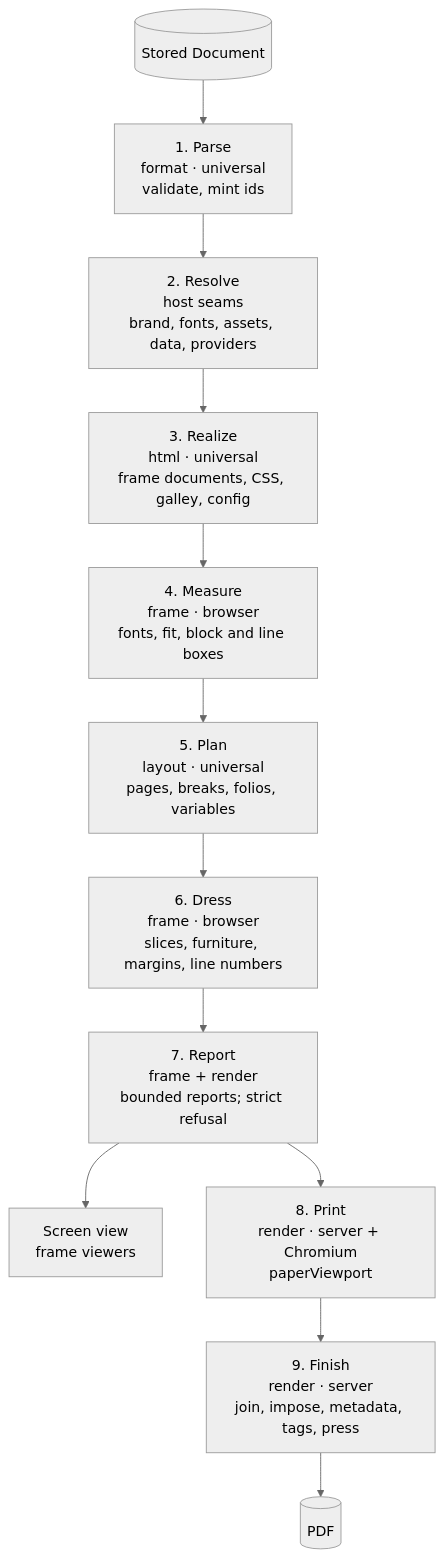
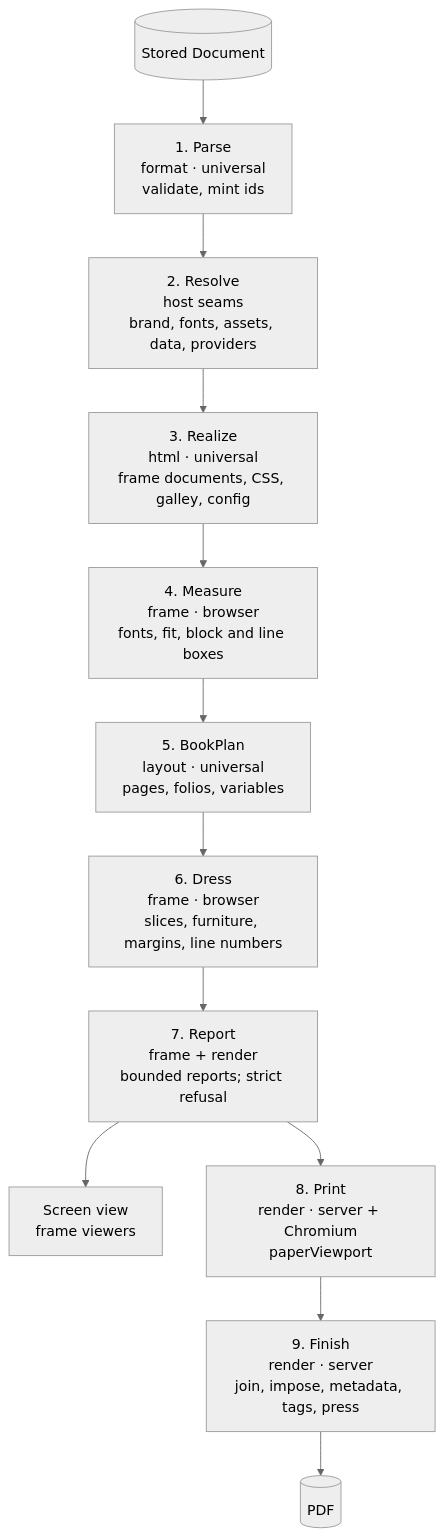
One commit to modstudio/segnavia changed the second of 3 diagrams in docs/architecture.md. Above: the diagram before and after it, drawn with Mermaid (neutral theme). The commit also changed other lines of this file and 38 other files, not shown here.

First line of the commit message:
SEGNA-398 Save and replay a book's pagination plan (#304)

````diff
--- a/docs/architecture.md
+++ b/docs/architecture.md
@@ -1750,14 +1777,14 @@
 ```mermaid
 flowchart TD
   INPUT[(Stored Document)] --> PARSE[1. Parse<br/>format · universal<br/>validate, mint ids]
   PARSE --> RESOLVE[2. Resolve<br/>host seams<br/>brand, fonts, assets, data, providers]
   RESOLVE --> REALIZE[3. Realize<br/>html · universal<br/>frame documents, CSS, galley, config]
   REALIZE --> MEASURE[4. Measure<br/>frame · browser<br/>fonts, fit, block and line boxes]
-  MEASURE --> PLAN[5. Plan<br/>layout · universal<br/>pages, breaks, folios, variables]
+  MEASURE --> PLAN[5. BookPlan<br/>layout · universal<br/>pages, folios, variables]
   PLAN --> DRESS[6. Dress<br/>frame · browser<br/>slices, furniture, margins, line numbers]
   DRESS --> REPORT[7. Report<br/>frame + render<br/>bounded reports; strict refusal]
   REPORT --> SCREEN[Screen view<br/>frame viewers]
   REPORT --> PRINT[8. Print<br/>render · server + Chromium<br/>paperViewport]
   PRINT --> FINISH[9. Finish<br/>render · server<br/>join, impose, metadata, tags, press]
   FINISH --> PDF[(PDF)]
 ```
````
